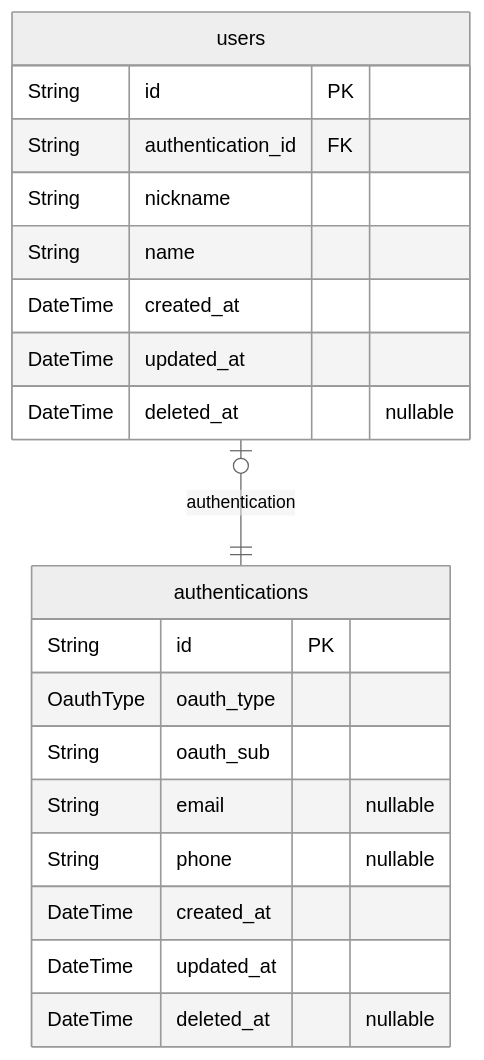
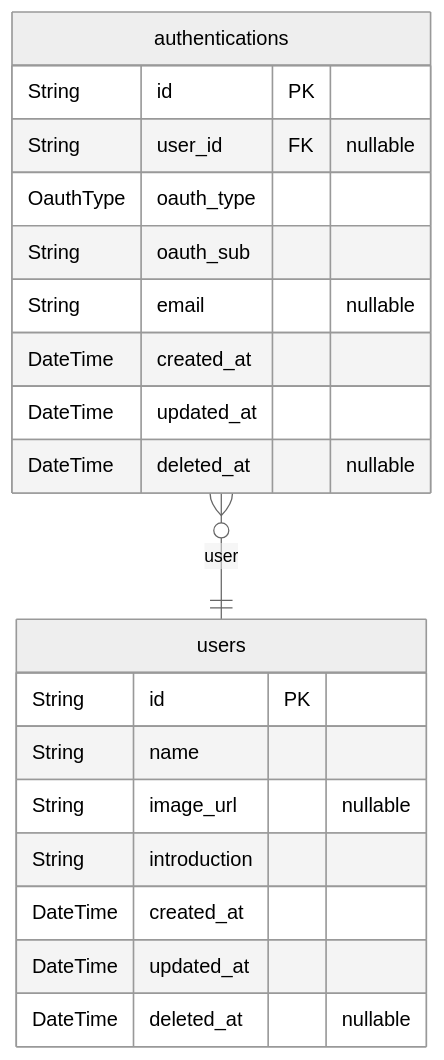
Before and after one commit to rojiwon123/bbs: the second of 2 diagrams in ERD.md, drawn with Mermaid (neutral theme). The commit also changed other lines of this file and 51 other files, not shown here.

````diff
--- a/ERD.md
+++ b/ERD.md
@@ -266,23 +223,23 @@
 ```mermaid
 erDiagram
 authentications {
     String id PK
+    String user_id FK "nullable"
     OauthType oauth_type
     String oauth_sub
     String email "nullable"
-    String phone "nullable"
     DateTime created_at
     DateTime updated_at
     DateTime deleted_at "nullable"
 }
 users {
     String id PK
-    String authentication_id FK
-    String nickname
     String name
+    String image_url "nullable"
+    String introduction
     DateTime created_at
     DateTime updated_at
     DateTime deleted_at "nullable"
 }
-users |o--|| authentications : authentication
+authentications }o--|| users : user
 ```
````
